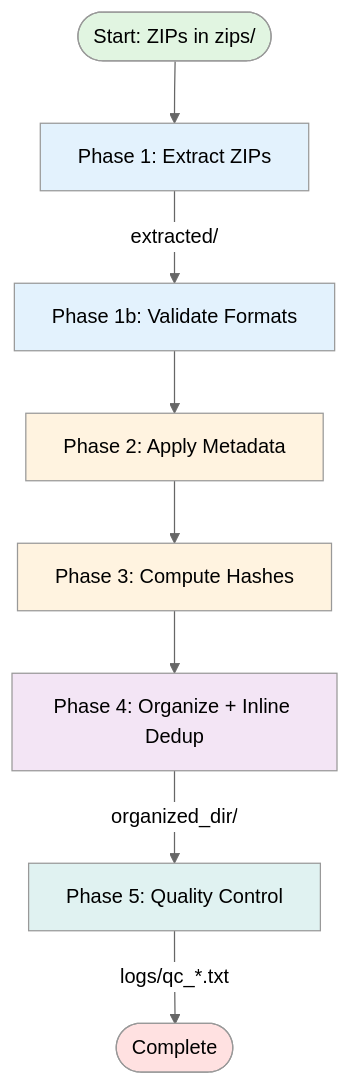
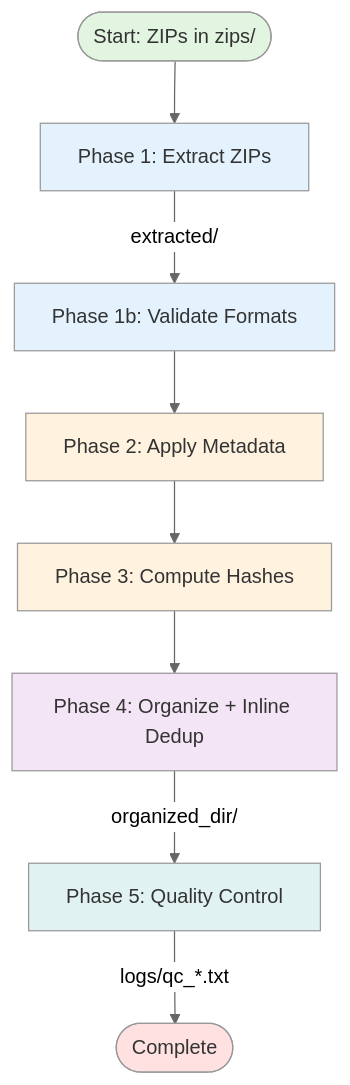
One commit to diegomarino/takeout-photos changed the first of 11 diagrams in docs/pipeline-flow.md. Above: the diagram before and after it, drawn with Mermaid (neutral theme). The commit also changed other lines of this file and 2 other files, not shown here.

First line of the commit message:
docs: clarify pipeline stages and fix mermaid font colors

````diff
--- a/docs/pipeline-flow.md
+++ b/docs/pipeline-flow.md
@@ -30,19 +30,19 @@
 ```mermaid
 flowchart TD
     START([Start: ZIPs in zips/]) --> PHASE1[Phase 1: Extract ZIPs]
     PHASE1 --> |extracted/| PHASE1B[Phase 1b: Validate Formats]
     PHASE1B --> PHASE2[Phase 2: Apply Metadata]
     PHASE2 --> PHASE3[Phase 3: Compute Hashes]
     PHASE3 --> PHASE4[Phase 4: Organize + Inline Dedup]
     PHASE4 --> |organized_dir/| PHASE5[Phase 5: Quality Control]
     PHASE5 --> |logs/qc_*.txt| END([Complete])
 
-    style START fill:#e1f5e1
-    style END fill:#ffe1e1
-    style PHASE1 fill:#e3f2fd
-    style PHASE1B fill:#e3f2fd
-    style PHASE2 fill:#fff3e0
-    style PHASE3 fill:#fff3e0
-    style PHASE4 fill:#f3e5f5
-    style PHASE5 fill:#e0f2f1
+    style START fill:#e1f5e1,color:#333333
+    style END fill:#ffe1e1,color:#333333
+    style PHASE1 fill:#e3f2fd,color:#333333
+    style PHASE1B fill:#e3f2fd,color:#333333
+    style PHASE2 fill:#fff3e0,color:#333333
+    style PHASE3 fill:#fff3e0,color:#333333
+    style PHASE4 fill:#f3e5f5,color:#333333
+    style PHASE5 fill:#e0f2f1,color:#333333
 ```
````
